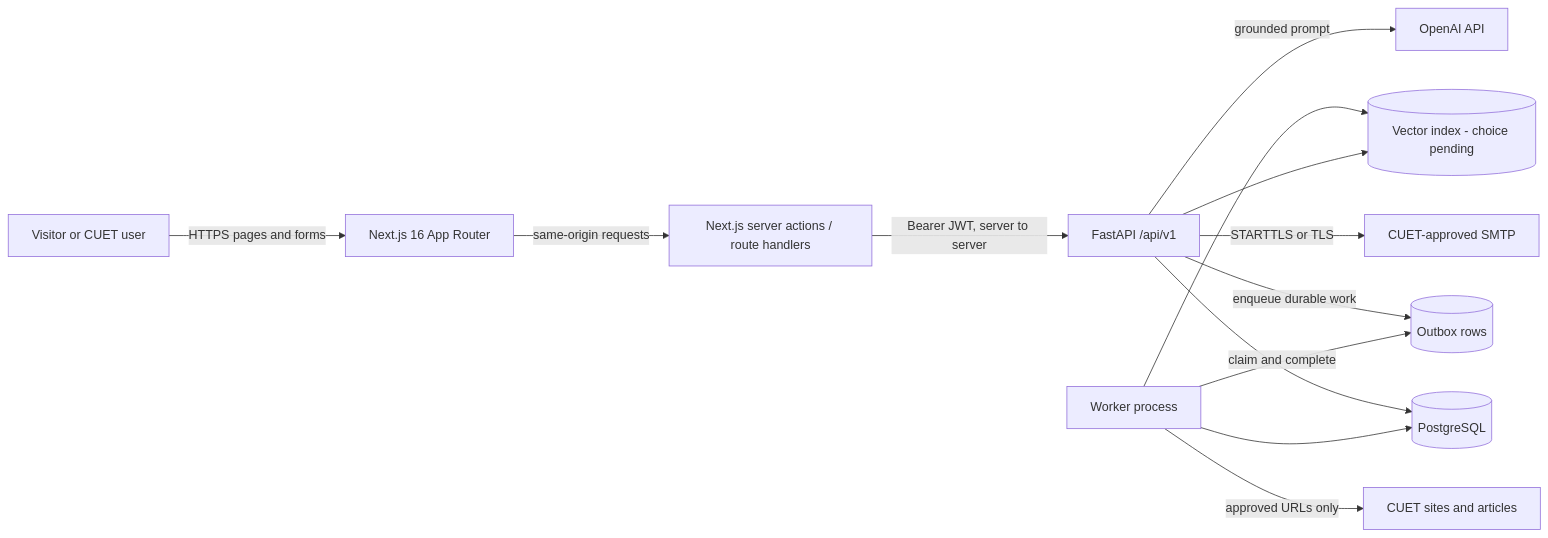
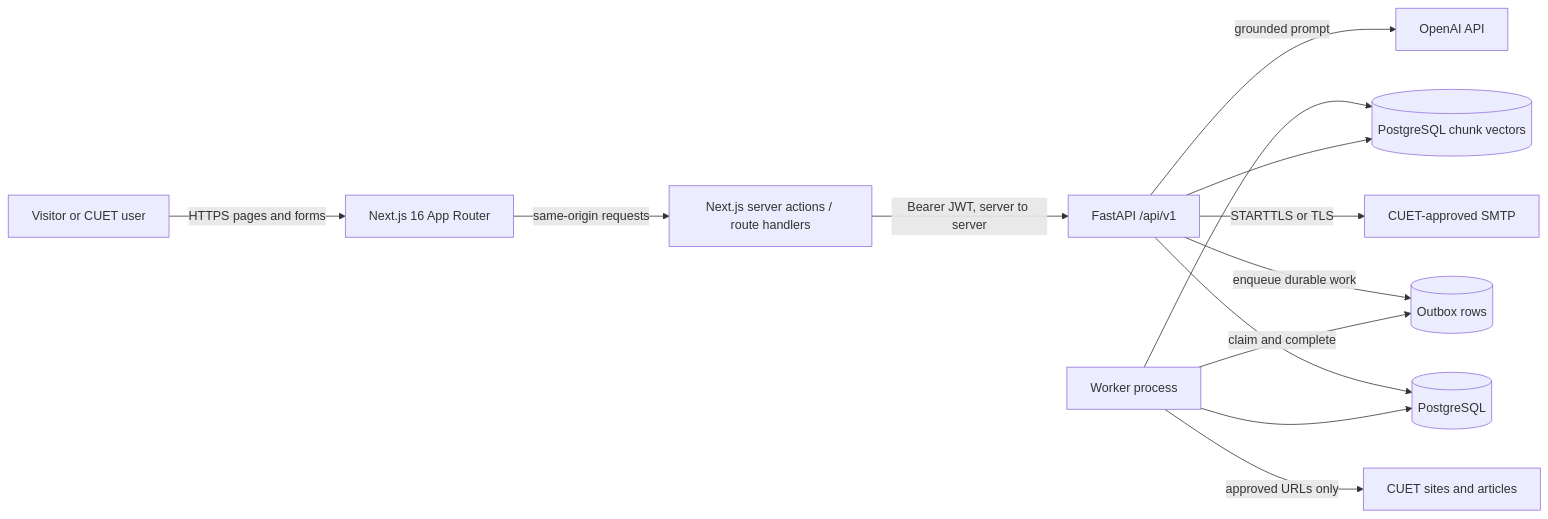
One commit to anindya357/UniCircle changed the first of 2 diagrams in docs/design/HLD.md. Above: the diagram before and after it, drawn with Mermaid. The commit also changed other lines of this file and 28 other files, not shown here.

````diff
--- a/docs/design/HLD.md
+++ b/docs/design/HLD.md
@@ -9,15 +9,15 @@
 ```mermaid
 flowchart LR
     Visitor[Visitor or CUET user] -->|HTTPS pages and forms| Web[Next.js 16 App Router]
     Web -->|same-origin requests| BFF[Next.js server actions / route handlers]
     BFF -->|Bearer JWT, server to server| API[FastAPI /api/v1]
     API --> DB[(PostgreSQL)]
     API -->|STARTTLS or TLS| SMTP[CUET-approved SMTP]
     API -->|enqueue durable work| Outbox[(Outbox rows)]
     Worker[Worker process] -->|claim and complete| Outbox
     Worker --> DB
     Worker -->|approved URLs only| Sources[CUET sites and articles]
-    Worker --> Vectors[(Vector index - choice pending)]
+    Worker --> Vectors[(PostgreSQL chunk vectors)]
     API --> Vectors
     API -->|grounded prompt| Model[OpenAI API]
 ```
````
